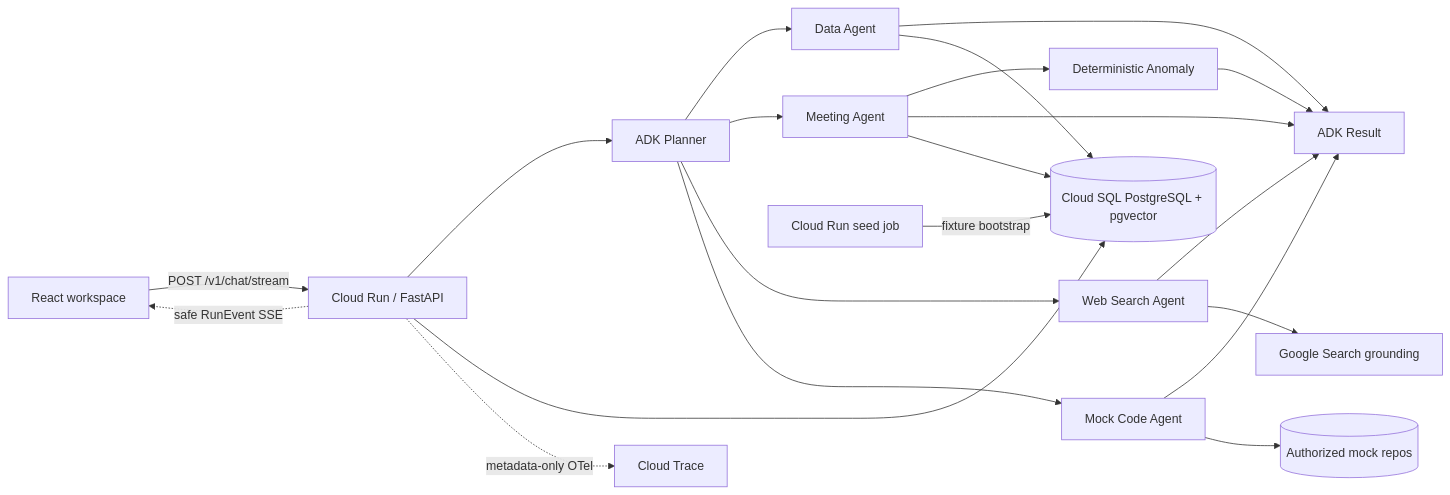
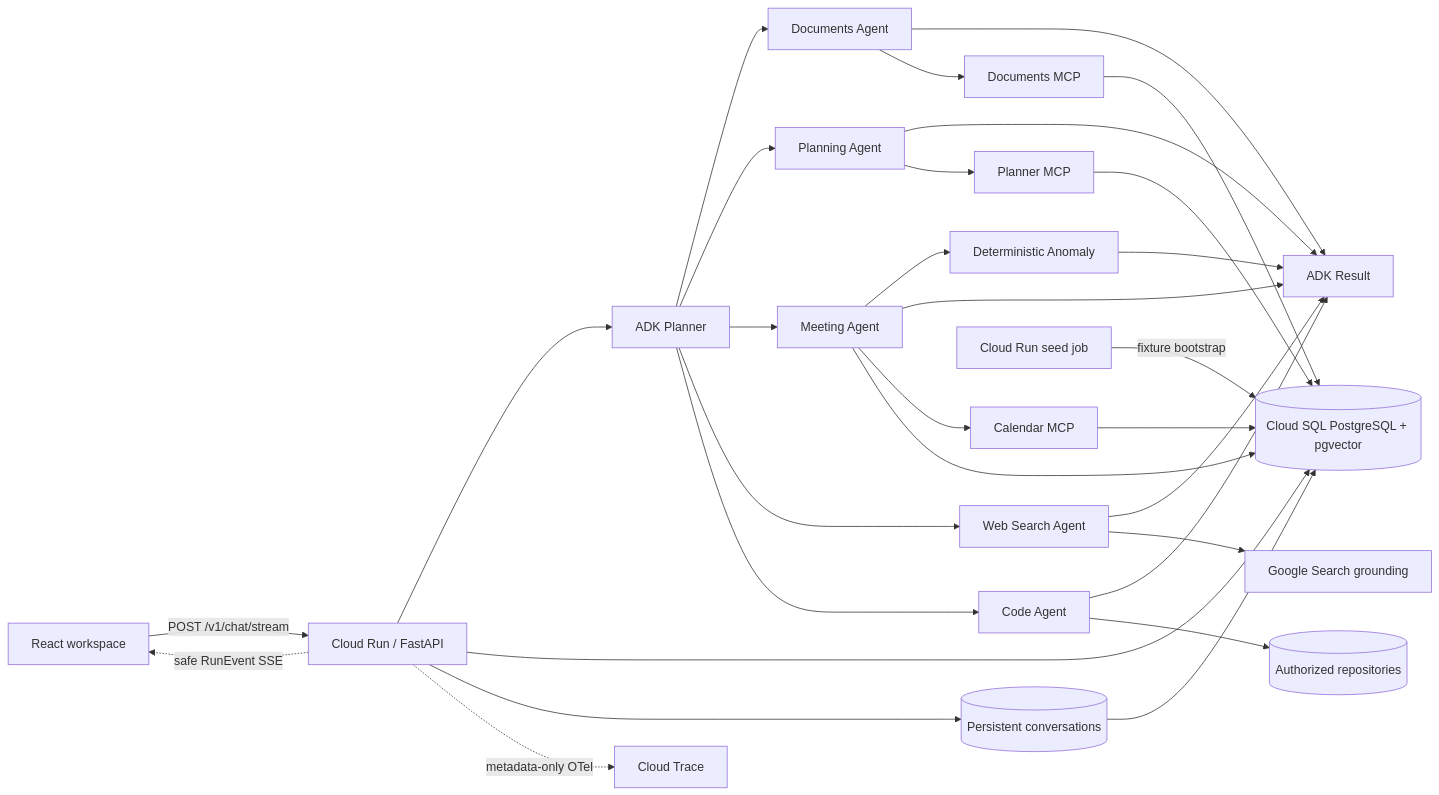
Before and after one commit to mihir224/lotus: the diagram in docs/architecture.md, drawn with Mermaid. The commit also changed other lines of this file and 50 other files, not shown here.

````diff
--- a/docs/architecture.md
+++ b/docs/architecture.md
@@ -7,23 +7,32 @@
 ```mermaid
 flowchart LR
   UI[React workspace] -->|POST /v1/chat/stream| API[Cloud Run / FastAPI]
   API --> Planner[ADK Planner]
-  Planner --> Data[Data Agent]
+  Planner --> Docs[Documents Agent]
+  Planner --> Planning[Planning Agent]
   Planner --> Meeting[Meeting Agent]
   Planner --> Web[Web Search Agent]
-  Planner --> Code[Mock Code Agent]
+  Planner --> Code[Code Agent]
   Meeting --> Anomaly[Deterministic Anomaly]
-  Data --> Result[ADK Result]
+  Docs --> Result[ADK Result]
+  Planning --> Result
   Meeting --> Result
   Web --> Result
   Code --> Result
   Anomaly --> Result
-  Data --> PG[(Cloud SQL PostgreSQL + pgvector)]
+  Docs --> DocsMCP[Documents MCP]
+  Planning --> PlannerMCP[Planner MCP]
+  Meeting --> CalendarMCP[Calendar MCP]
+  DocsMCP --> PG[(Cloud SQL PostgreSQL + pgvector)]
+  PlannerMCP --> PG
+  CalendarMCP --> PG
   Meeting --> PG
   API --> PG
   Seed[Cloud Run seed job] -->|fixture bootstrap| PG
   Web --> Search[Google Search grounding]
-  Code --> Repos[(Authorized mock repos)]
+  Code --> Repos[(Authorized repositories)]
+  API --> Chat[(Persistent conversations)]
+  Chat --> PG
   API -. safe RunEvent SSE .-> UI
   API -. metadata-only OTel .-> Trace[Cloud Trace]
 ```
````
